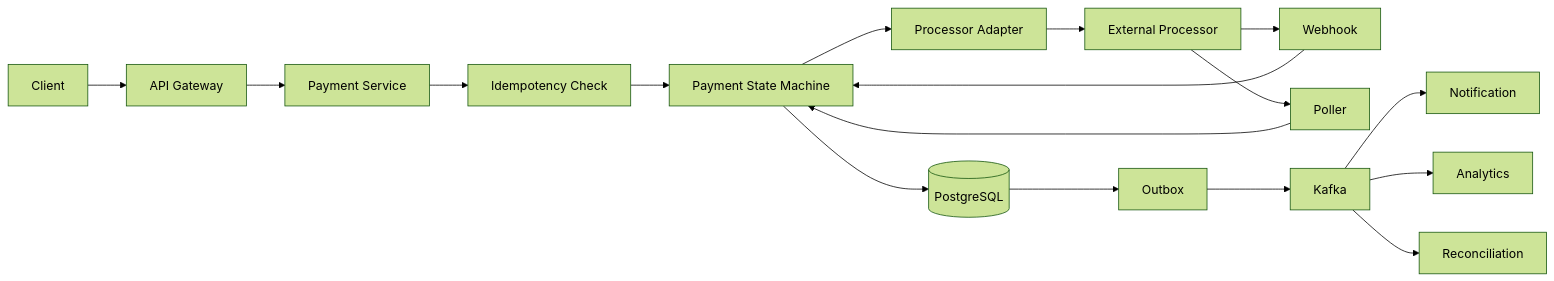
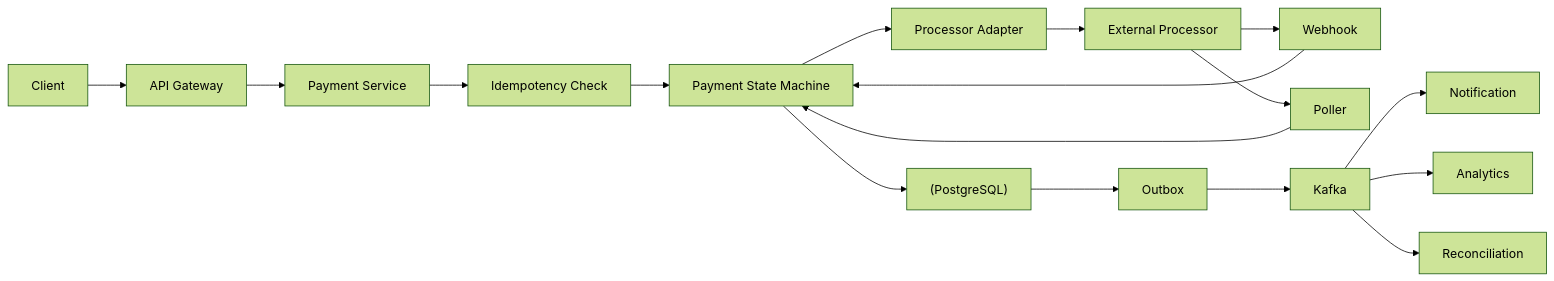
The first of 2 diagrams in files/System-Design-Questions/05_payment_system.md (pankajThakur1874/studysheet), drawn with Mermaid (forest theme) before and after one commit. The commit also changed other lines of this file and 102 other files, not shown here.

Commit message:
Auto-fix Mermaid diagram syntax across all study guides to prevent Syntax Error in Mermaid v10

````diff
--- a/files/System-Design-Questions/05_payment_system.md
+++ b/files/System-Design-Questions/05_payment_system.md
@@ -89,19 +89,19 @@
 ```mermaid
 flowchart LR
     C[Client] --> G[API Gateway]
     G --> P[Payment Service]
     P --> I[Idempotency Check]
     I --> S[Payment State Machine]
-    S --> D[(PostgreSQL)]
+    S --> D["(PostgreSQL)"]
     S --> X[Processor Adapter]
     X --> EP[External Processor]
     EP --> W[Webhook]
     EP --> POL[Poller]
     W --> S
     POL --> S
     D --> O[Outbox]
     O --> K[Kafka]
     K --> N[Notification]
     K --> A[Analytics]
     K --> R[Reconciliation]
 ```
````
